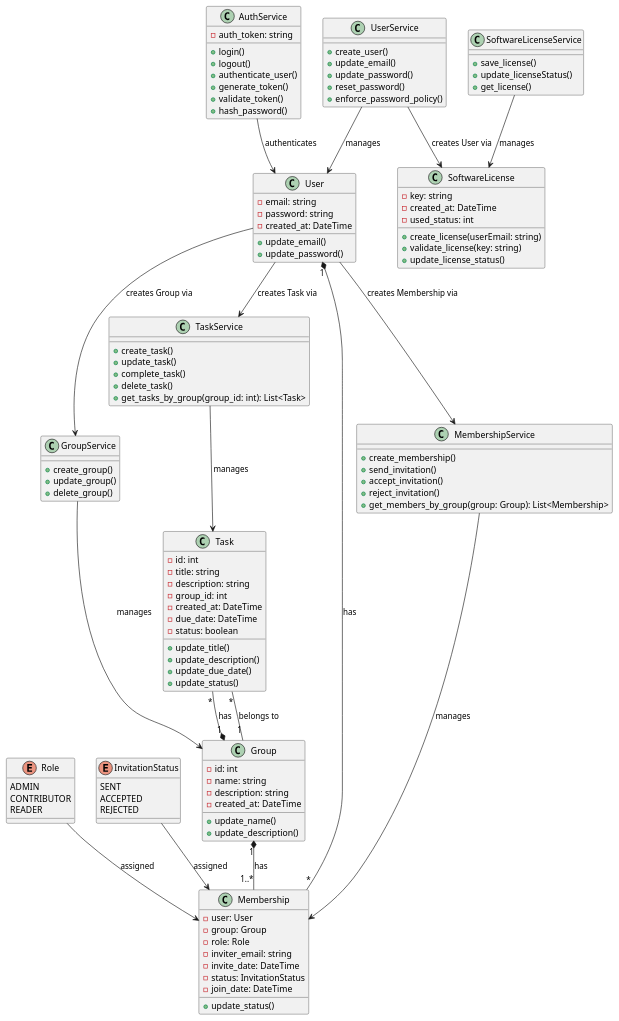
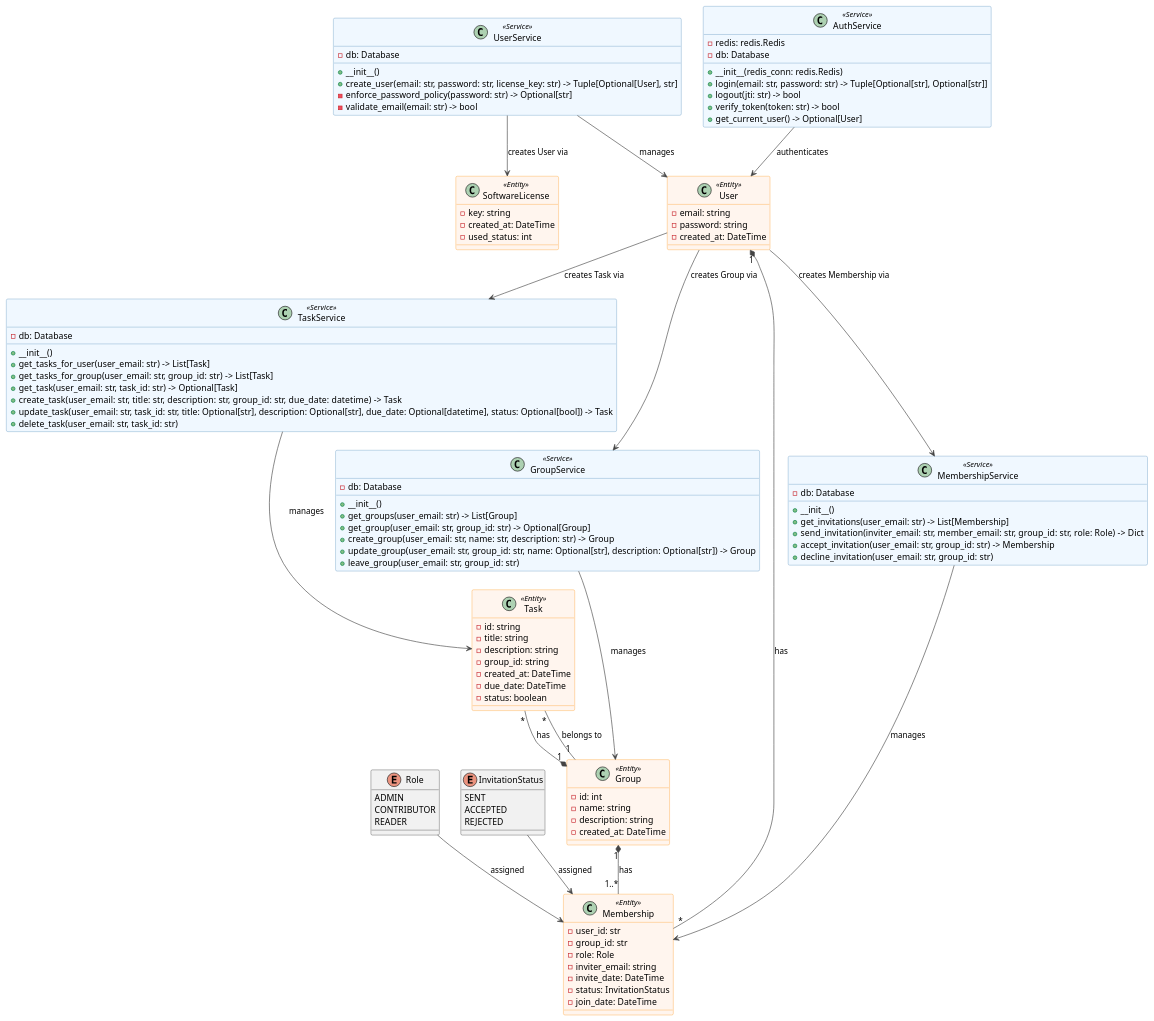
The diagram in documentation/Design_Implementation/backend_class_uml.puml (OmerEgeOzyaba/CSCI3100-project), drawn with PlantUML before and after one commit.

Commit message:
Updated the backend uml diagram, final version

```diff
--- a/documentation/Design_Implementation/backend_class_uml.puml
+++ b/documentation/Design_Implementation/backend_class_uml.puml
@@ -1,140 +1,159 @@
 @startuml
 
-class User {
+skinparam class {
+	BackgroundColor<<Entity>> #FFF5EE
+	BackgroundColor<<Service>> #F0F8FF
+	ArrowColor #444444
+	BorderColor<<Entity>> #FF8C00
+	BorderColor<<Service>> #4682B4
+}
+
+class User <<Entity>> {
 	- email: string
 	- password: string
 	- created_at: DateTime
 '-------------------------------
-	+ update_email()
-	+ update_password()
+	'+ update_email()
+	'+ update_password()
 }
 
-class UserService {
-        + create_user()
-        + update_email()
-        + update_password()
-        + reset_password()
-	+ enforce_password_policy()
+class UserService <<Service>> {
+	- db: Database
+'-------------------------------
+  	+ __init__()
+  	+ create_user(email: str, password: str, license_key: str) -> Tuple[Optional[User], str]
+  	- enforce_password_policy(password: str) -> Optional[str]
+  	- validate_email(email: str) -> bool
 }
 
-class Task {
-	- id: int
+class Task <<Entity>> {
+	- id: string
 	- title: string
 	- description: string
-	- group_id: int
+	- group_id: string
 	- created_at: DateTime
 	- due_date: DateTime
 	- status: boolean
 '--------------------------------
-	+ update_title()
-	+ update_description()
-	+ update_due_date()
-	+ update_status()
+	'+ update_title()
+	'+ update_description()
+	'+ update_due_date()
+	'+ update_status()
 }
 
-class TaskService {
-        + create_task()
-        + update_task()
-        + complete_task()
-        + delete_task()
-	+ get_tasks_by_group(group_id: int): List<Task>
+class TaskService <<Service>> {
+	- db: Database
+'--------------------------------
+  	+ __init__()
+  	+ get_tasks_for_user(user_email: str) -> List[Task]
+  	+ get_tasks_for_group(user_email: str, group_id: str) -> List[Task]
+  	+ get_task(user_email: str, task_id: str) -> Optional[Task]
+  	+ create_task(user_email: str, title: str, description: str, group_id: str, due_date: datetime) -> Task
+  	+ update_task(user_email: str, task_id: str, title: Optional[str], description: Optional[str], due_date: Optional[datetime], status: Optional[bool]) -> Task
+  	+ delete_task(user_email: str, task_id: str)
 }
 
-class Group {
+class Group <<Entity>> {
 	- id: int
 	- name: string
 	- description: string
 	- created_at: DateTime
 '---------------------------------
-	+ update_name()
-	+ update_description()
+	'+ update_name()
+	'+ update_description()
 }
 
-class GroupService {
-	+ create_group()
-	+ update_group()
-	+ delete_group()
+class GroupService <<Service>> {
+	- db: Database
+'---------------------------------
+  	+ __init__()
+  	+ get_groups(user_email: str) -> List[Group]
+  	+ get_group(user_email: str, group_id: str) -> Optional[Group]
+  	+ create_group(user_email: str, name: str, description: str) -> Group
+  	+ update_group(user_email: str, group_id: str, name: Optional[str], description: Optional[str]) -> Group
+  	+ leave_group(user_email: str, group_id: str)
 }
 
-class Membership {
-	- user: User
-	- group: Group
+class Membership <<Entity>> {
+	- user_id: str
+	- group_id: str
 	- role: Role
 	- inviter_email: string
 	- invite_date: DateTime
 	- status: InvitationStatus
 	- join_date: DateTime
 '---------------------------------
-	+ update_status()
+	'+ update_status()
 }
 
-class MembershipService {
-	+ create_membership()
-	+ send_invitation()
-	+ accept_invitation()
-	+ reject_invitation()
-        + get_members_by_group(group: Group): List<Membership>
-
+class MembershipService <<Service>> {
+	- db: Database
+'---------------------------------
+  	+ __init__()
+  	+ get_invitations(user_email: str) -> List[Membership]
+  	+ send_invitation(inviter_email: str, member_email: str, group_id: str, role: Role) -> Dict
+  	+ accept_invitation(user_email: str, group_id: str) -> Membership
+  	+ decline_invitation(user_email: str, group_id: str)
 }
 
-class AuthService {
-	- auth_token: string
+class AuthService <<Service>> {
+	- redis: redis.Redis
+	- db: Database
 '---------------------------------
-	+ login()
-	+ logout()
-	+ authenticate_user()
-	+ generate_token()
-	+ validate_token()
-	+ hash_password()
+	+ __init__(redis_conn: redis.Redis)
+	+ login(email: str, password: str) -> Tuple[Optional[str], Optional[str]]
+  	+ logout(jti: str) -> bool
+  	+ verify_token(token: str) -> bool
+	+ get_current_user() -> Optional[User]
 }
 
-class SoftwareLicense {
+class SoftwareLicense <<Entity>> {
 	- key: string
 	- created_at: DateTime
 	- used_status: int
 '---------------------------------
-	+ create_license(userEmail: string)
-	+ validate_license(key: string)
-	+ update_license_status()
+	'+ create_license(userEmail: string)
+	'+ validate_license(key: string)
+	'+ update_license_status()
 }
 
-class SoftwareLicenseService {
-	+ save_license()
-	+ update_licenseStatus()
-	+ get_license()
-}
+'class SoftwareLicenseService {
+	'+ save_license()
+	'+ update_licenseStatus()
+	'+ get_license()
+'}
 
 enum Role {
         ADMIN
         CONTRIBUTOR
         READER
 }
 
 enum InvitationStatus {
         SENT
         ACCEPTED
         REJECTED
 }
 
 User --> TaskService: creates Task via
 User --> GroupService: creates Group via
 User --> MembershipService: creates Membership via
 User "1" *-- "*" Membership: has
 AuthService --> User: authenticates
 UserService --> User: manages
 
 TaskService --> Task: manages
 Task "*" -- "1" Group: belongs to
 
 GroupService --> Group: manages
 Group "1" *-- "1..*" Membership: has
 Group "1" *-- "*" Task: has
 
 MembershipService --> Membership: manages
 Role --> Membership: assigned
 InvitationStatus --> Membership: assigned
 
 UserService --> SoftwareLicense: creates User via
-SoftwareLicenseService --> SoftwareLicense: manages
+'SoftwareLicenseService --> SoftwareLicense: manages
 
 @enduml
```
